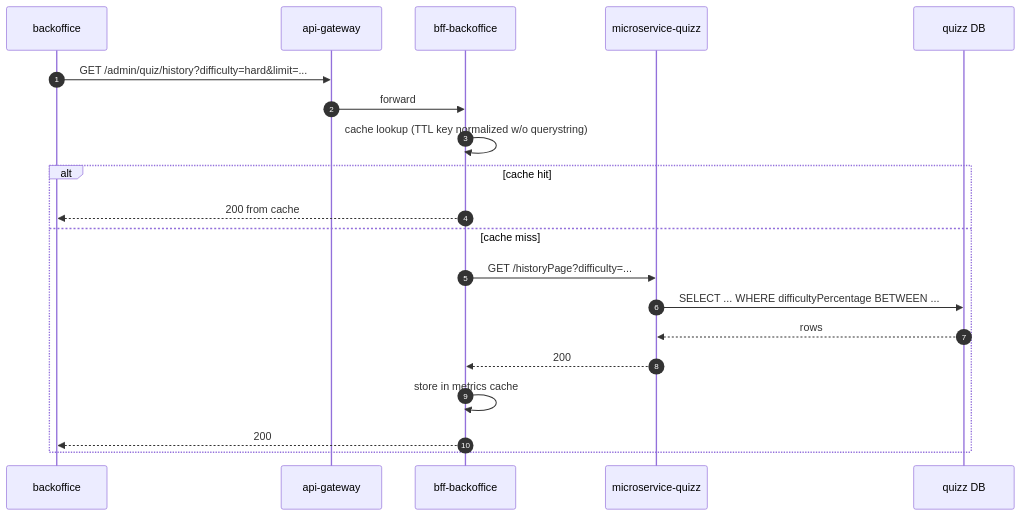
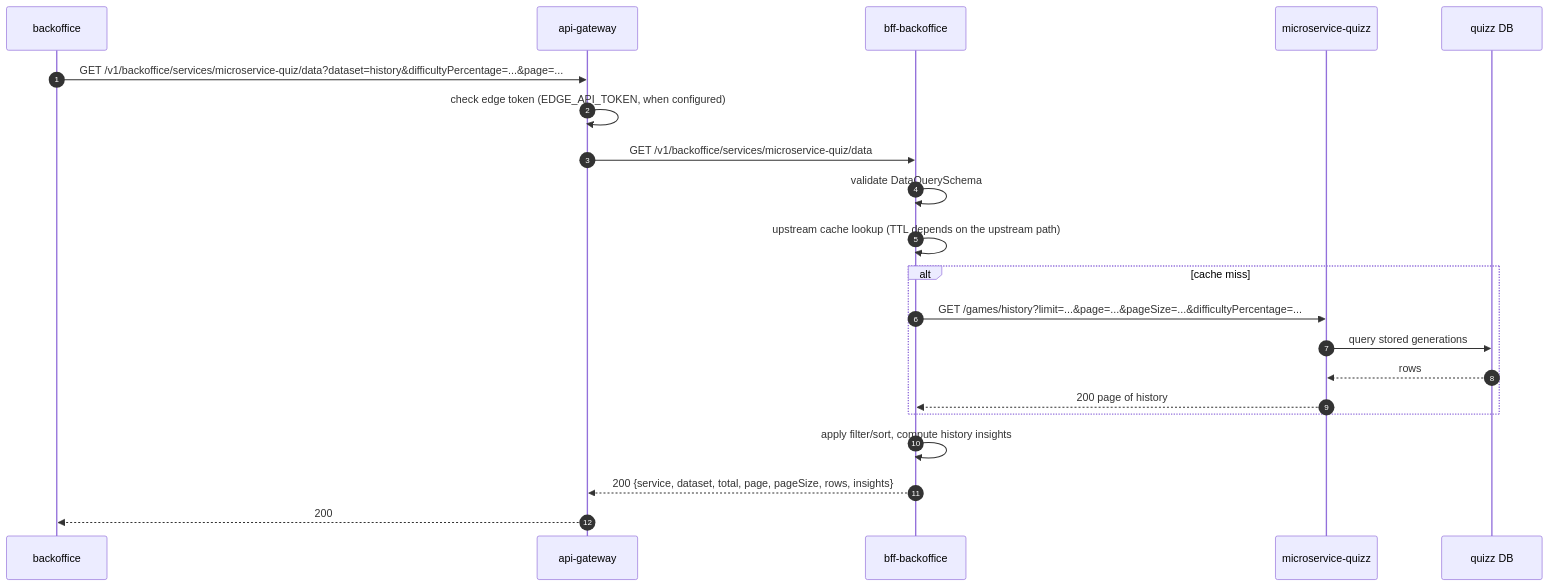
One commit to AxiomNode/docs changed the fourth of 7 diagrams in architecture/key-sequence-flows.md. Above: the diagram before and after it, drawn with Mermaid. The commit also changed other lines of this file and 12 other files, not shown here.

First line of the commit message:
docs(architecture): align flows, topology and contract claims with code on main (#11)

````diff
--- a/architecture/key-sequence-flows.md
+++ b/architecture/key-sequence-flows.md
@@ -102,23 +104,24 @@
 ```mermaid
 sequenceDiagram
   autonumber
   participant SPA as backoffice
   participant GW as api-gateway
   participant BFF as bff-backoffice
   participant Q as microservice-quizz
   participant DB as quizz DB
 
-  SPA->>GW: GET /admin/quiz/history?difficulty=hard&limit=...
-  GW->>BFF: forward
-  BFF->>BFF: cache lookup (TTL key normalized w/o querystring)
-  alt cache hit
-    BFF-->>SPA: 200 from cache
-  else cache miss
-    BFF->>Q: GET /historyPage?difficulty=...
-    Q->>DB: SELECT ... WHERE difficultyPercentage BETWEEN ...
+  SPA->>GW: GET /v1/backoffice/services/microservice-quiz/data?dataset=history&difficultyPercentage=...&page=...
+  GW->>GW: check edge token (EDGE_API_TOKEN, when configured)
+  GW->>BFF: GET /v1/backoffice/services/microservice-quiz/data
+  BFF->>BFF: validate DataQuerySchema
+  BFF->>BFF: upstream cache lookup (TTL depends on the upstream path)
+  alt cache miss
+    BFF->>Q: GET /games/history?limit=...&page=...&pageSize=...&difficultyPercentage=...
+    Q->>DB: query stored generations
     DB-->>Q: rows
-    Q-->>BFF: 200
-    BFF->>BFF: store in metrics cache
-    BFF-->>SPA: 200
+    Q-->>BFF: 200 page of history
   end
+  BFF->>BFF: apply filter/sort, compute history insights
+  BFF-->>GW: 200 {service, dataset, total, page, pageSize, rows, insights}
+  GW-->>SPA: 200
 ```
````
